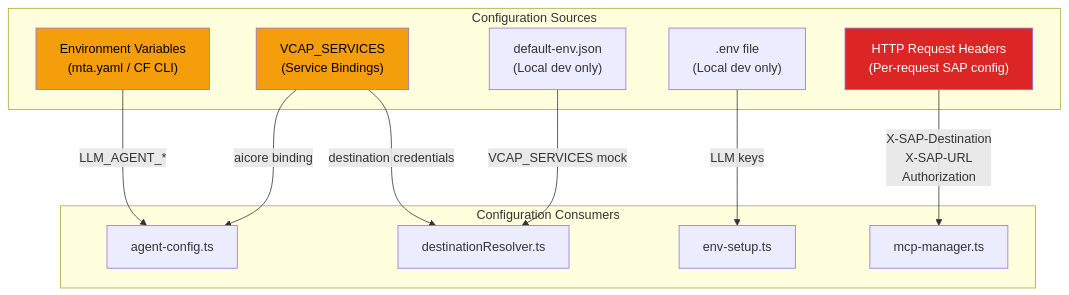
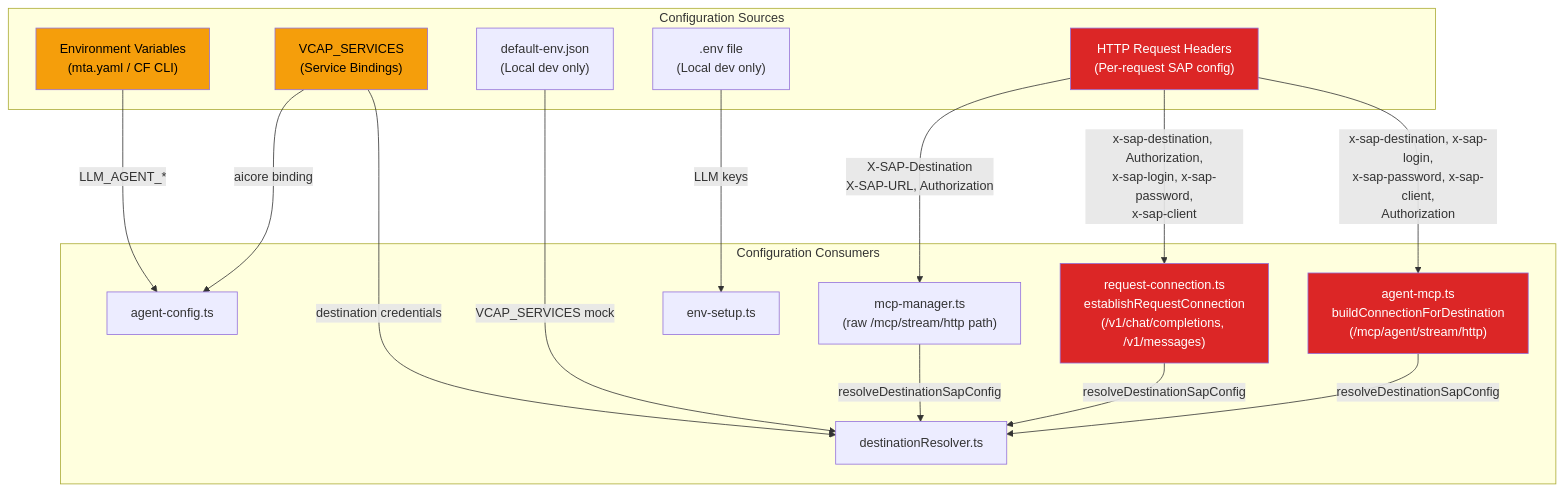
One commit to fr0ster/cloud-llm-hub changed diagram 19 of 24 in docs/architecture/ARCHITECTURE.md. Above: the diagram before and after it, drawn with Mermaid. The commit also changed other lines of this file, not shown here.

First line of the commit message:
docs(architecture): correct stale agent-surface / file-layout / ToC to current reality (PR-186)

````diff
--- a/docs/architecture/ARCHITECTURE.md
+++ b/docs/architecture/ARCHITECTURE.md
@@ -853,28 +1028,37 @@
 ```mermaid
 graph TB
     subgraph "Configuration Sources"
         ENV["Environment Variables<br/>(mta.yaml / CF CLI)"]
         VCAP["VCAP_SERVICES<br/>(Service Bindings)"]
         DEF_ENV["default-env.json<br/>(Local dev only)"]
         DOT_ENV[".env file<br/>(Local dev only)"]
         HEADERS["HTTP Request Headers<br/>(Per-request SAP config)"]
     end
 
     subgraph "Configuration Consumers"
         AC2["agent-config.ts"]
         ES["env-setup.ts"]
         DR2["destinationResolver.ts"]
-        MM2["mcp-manager.ts"]
+        MM2["mcp-manager.ts<br/>(raw /mcp/stream/http path)"]
+        RC["request-connection.ts<br/>establishRequestConnection<br/>(/v1/chat/completions, /v1/messages)"]
+        AM["agent-mcp.ts<br/>buildConnectionForDestination<br/>(/mcp/agent/stream/http)"]
     end
 
     ENV -->|LLM_AGENT_*| AC2
     VCAP -->|aicore binding| AC2
     VCAP -->|destination credentials| DR2
     DEF_ENV -->|VCAP_SERVICES mock| DR2
     DOT_ENV -->|LLM keys| ES
-    HEADERS -->|X-SAP-Destination<br/>X-SAP-URL<br/>Authorization| MM2
+    HEADERS -->|X-SAP-Destination<br/>X-SAP-URL, Authorization| MM2
+    HEADERS -->|x-sap-destination, Authorization,<br/>x-sap-login, x-sap-password,<br/>x-sap-client| RC
+    HEADERS -->|x-sap-destination, x-sap-login,<br/>x-sap-password, x-sap-client,<br/>Authorization| AM
+    RC -->|resolveDestinationSapConfig| DR2
+    MM2 -->|resolveDestinationSapConfig| DR2
+    AM -->|resolveDestinationSapConfig| DR2
 
     style HEADERS fill:#dc2626,color:#fff
+    style RC fill:#dc2626,color:#fff
+    style AM fill:#dc2626,color:#fff
     style ENV fill:#f59e0b,color:#000
     style VCAP fill:#f59e0b,color:#000
 ```
````
